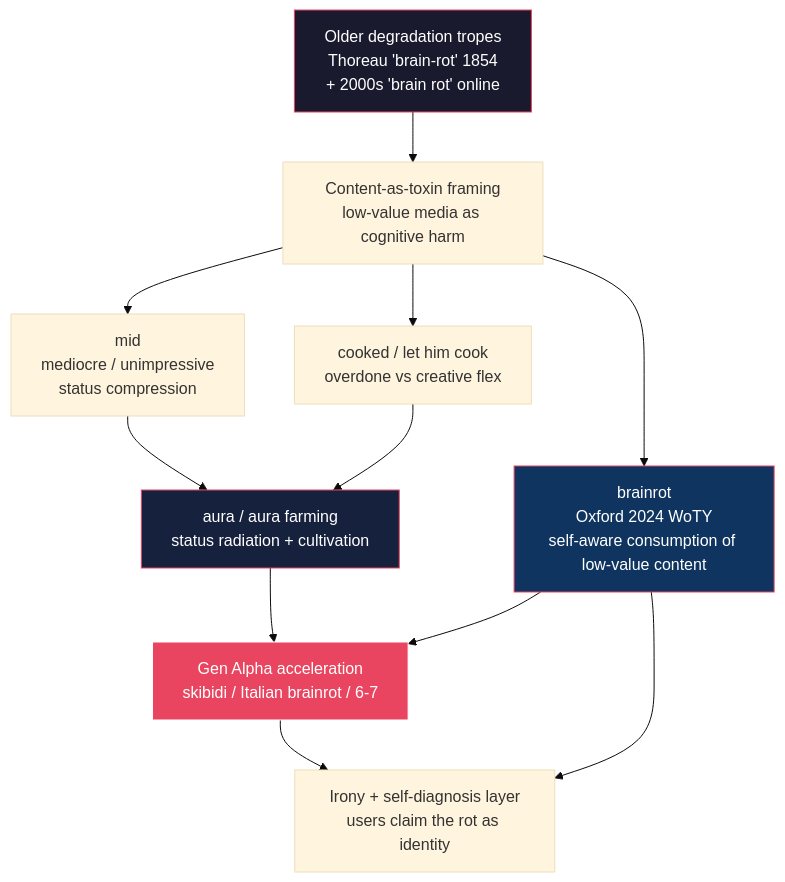
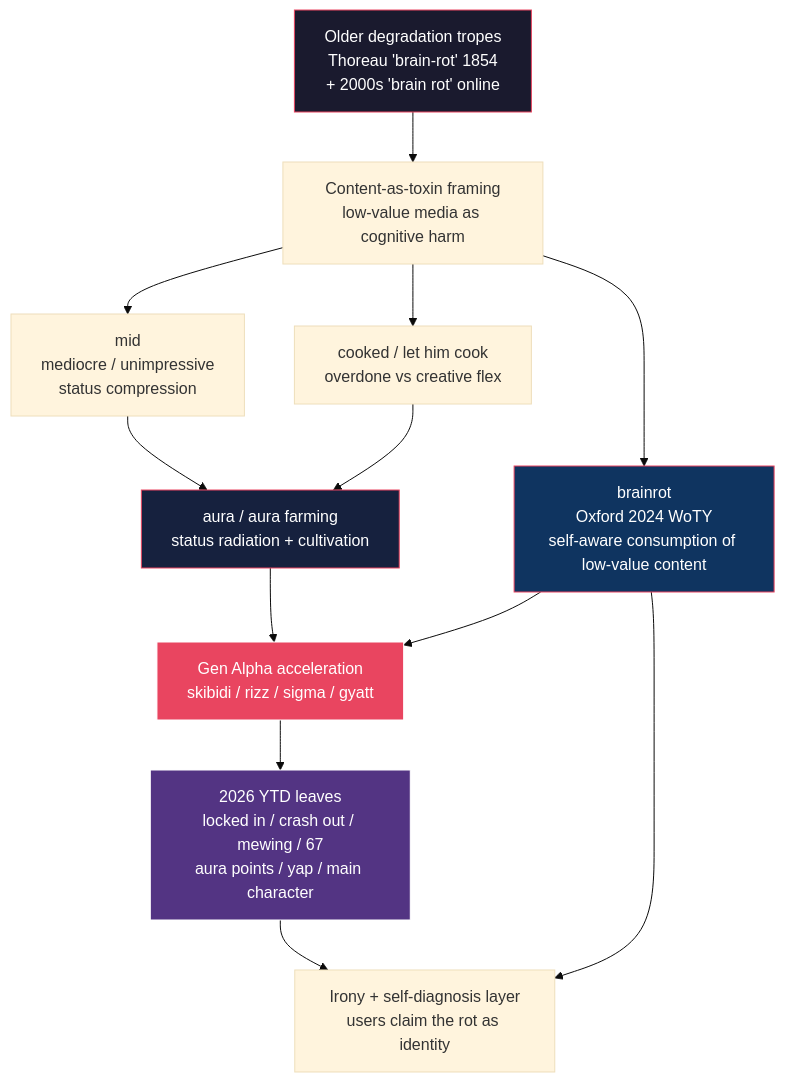
One commit to scrimshawlife-ctrl/Hyperlex changed the diagram in examples/slang-families/brainrot-aura-family.mmd. Above: the diagram before and after it, drawn with Mermaid (base theme). The commit also changed 20 other files, not shown here.

````diff
--- a/examples/slang-families/brainrot-aura-family.mmd
+++ b/examples/slang-families/brainrot-aura-family.mmd
@@ -5,27 +5,30 @@
 ```mermaid
 flowchart TB
   root["Older degradation tropes<br/>Thoreau 'brain-rot' 1854<br/>+ 2000s 'brain rot' online"]
   content["Content-as-toxin framing<br/>low-value media as cognitive harm"]
   mid["mid<br/>mediocre / unimpressive<br/>status compression"]
   cooked["cooked / let him cook<br/>overdone vs creative flex"]
   aura["aura / aura farming<br/>status radiation + cultivation"]
   brainrot["brainrot<br/>Oxford 2024 WoTY<br/>self-aware consumption of low-value content"]
-  genalpha["Gen Alpha acceleration<br/>skibidi / Italian brainrot / 6-7"]
+  genalpha["Gen Alpha acceleration<br/>skibidi / rizz / sigma / gyatt"]
+  ytd2026["2026 YTD leaves<br/>locked in / crash out / mewing / 67<br/>aura points / yap / main character"]
   irony["Irony + self-diagnosis layer<br/>users claim the rot as identity"]
 
   root --> content
   content --> mid
   content --> cooked
   content --> brainrot
   mid --> aura
   cooked --> aura
   brainrot --> genalpha
   aura --> genalpha
-  genalpha --> irony
+  genalpha --> ytd2026
+  ytd2026 --> irony
   brainrot --> irony
 
   style root fill:#1a1a2e,stroke:#e94560,color:#fff
   style brainrot fill:#0f3460,stroke:#e94560,color:#fff
   style aura fill:#16213e,stroke:#e94560,color:#fff
   style genalpha fill:#e94560,stroke:#fff,color:#fff
+  style ytd2026 fill:#533483,stroke:#fff,color:#fff
 ```
````
